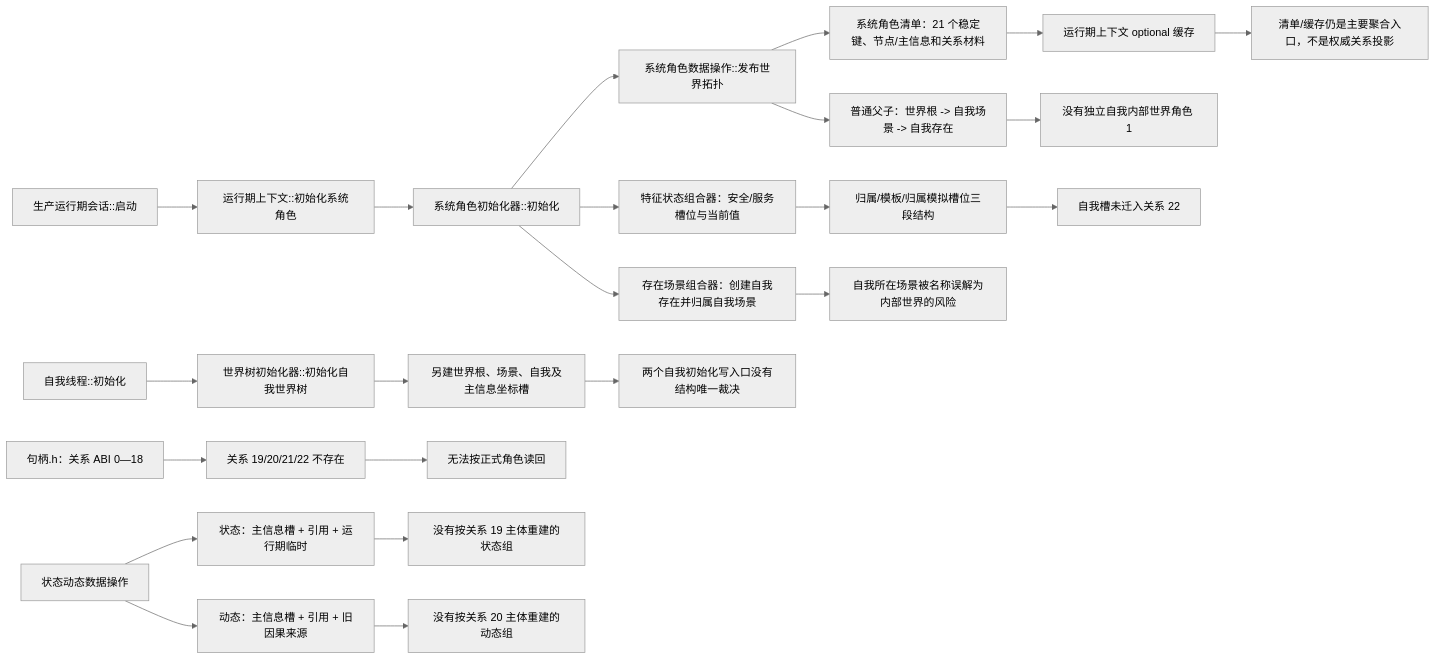
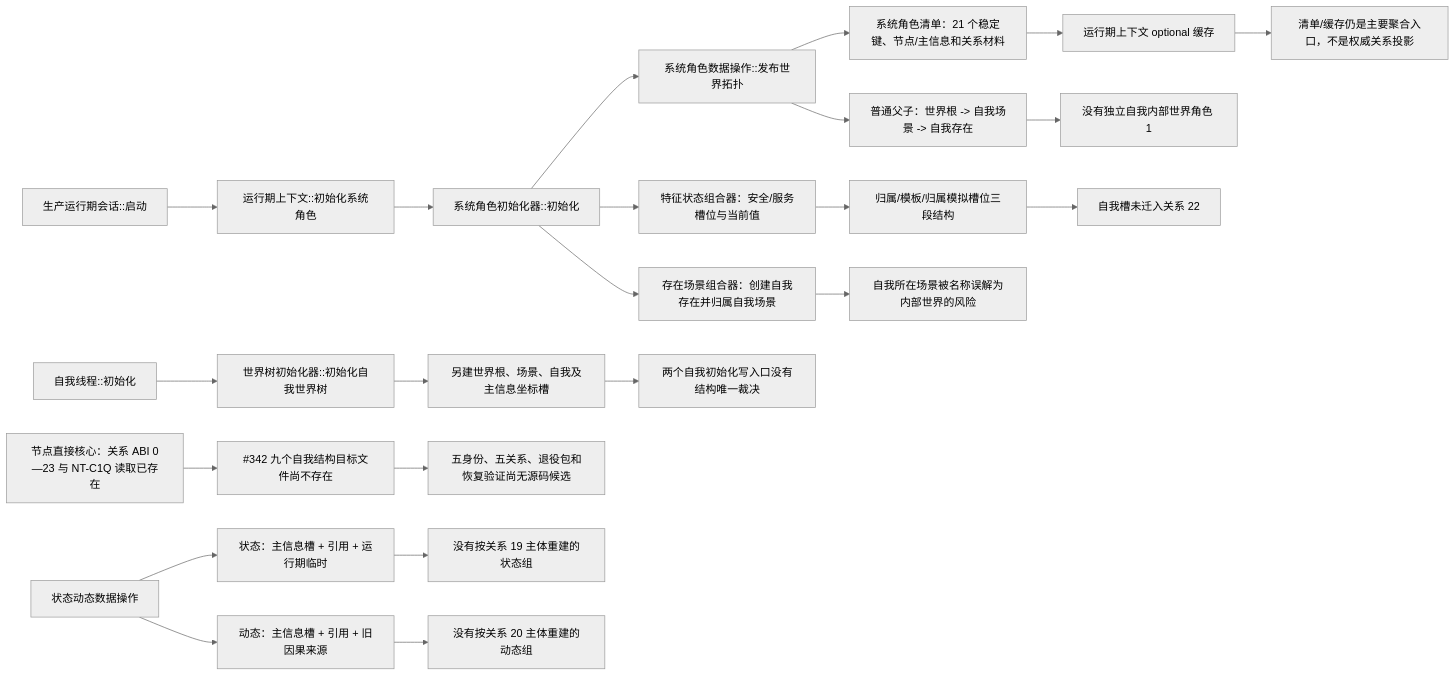
One commit to chunhaizh-cyber/HY-Ego changed the first of 3 diagrams in 规范/详细设计/函数结构知识图谱/20260722_NODE-TYPED-MIGRATION_NT-P2C_函数结构知识图谱.md. Above: the diagram before and after it, drawn with Mermaid (neutral theme). The commit also changed other lines of this file and 17 other files, not shown here.

````diff
--- a/规范/详细设计/函数结构知识图谱/20260722_NODE-TYPED-MIGRATION_NT-P2C_函数结构知识图谱.md
+++ b/规范/详细设计/函数结构知识图谱/20260722_NODE-TYPED-MIGRATION_NT-P2C_函数结构知识图谱.md
@@ -27,28 +28,28 @@
 ```mermaid
 flowchart LR
     PROD["生产运行期会话::启动"] --> CTX["运行期上下文::初始化系统角色"]
     CTX --> INIT["系统角色初始化器::初始化"]
     INIT --> EXIST["存在场景组合器：创建自我存在并归属自我场景"]
     INIT --> FEAT["特征状态组合器：安全/服务槽位与当前值"]
     INIT --> SYSOP["系统角色数据操作::发布世界拓扑"]
     SYSOP --> PC["普通父子：世界根 -> 自我场景 -> 自我存在"]
     SYSOP --> LIST["系统角色清单：21 个稳定键、节点/主信息和关系材料"]
     LIST --> CACHE["运行期上下文 optional 缓存"]
 
     LEGACY["自我线程::初始化"] --> WT["世界树初始化器::初始化自我世界树"]
     WT --> OLDSELF["另建世界根、场景、自我及主信息坐标槽"]
 
-    HANDLE["句柄.h：关系 ABI 0—18"] --> MISS["关系 19/20/21/22 不存在"]
+    HANDLE["节点直接核心：关系 ABI 0—23 与 NT-C1Q 读取已存在"] --> MISS["#342 九个自我结构目标文件尚不存在"]
     FEAT --> OLD22["归属/模板/归属模拟槽位三段结构"]
     STATE["状态动态数据操作"] --> OLDS["状态：主信息槽 + 引用 + 运行期临时"]
     STATE --> OLDD["动态：主信息槽 + 引用 + 旧因果来源"]
 
     PC --> GAP1["没有独立自我内部世界角色 1"]
     EXIST --> GAP2["自我所在场景被名称误解为内部世界的风险"]
     OLDSELF --> GAP3["两个自我初始化写入口没有结构唯一裁决"]
-    MISS --> GAP4["无法按正式角色读回"]
+    MISS --> GAP4["五身份、五关系、退役包和恢复验证尚无源码候选"]
     OLD22 --> GAP5["自我槽未迁入关系 22"]
     OLDS --> GAP6["没有按关系 19 主体重建的状态组"]
     OLDD --> GAP7["没有按关系 20 主体重建的动态组"]
     CACHE --> GAP8["清单/缓存仍是主要聚合入口，不是权威关系投影"]
 ```
````
